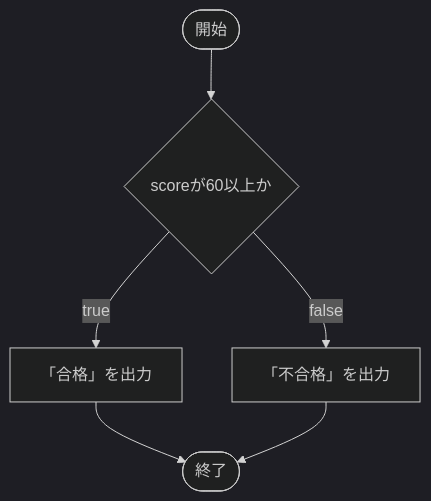
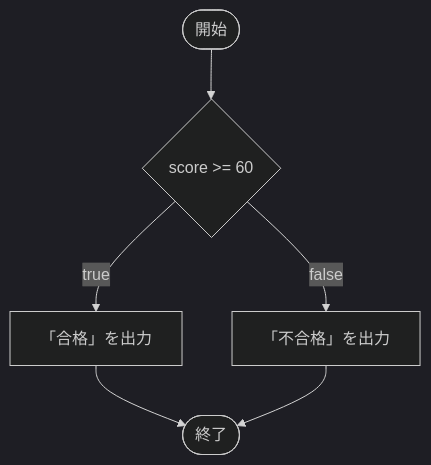
One commit to LeonAkasaka/unity-csharp-learning changed the second of 4 diagrams in docs/csharp/conditionals/index.md. Above: the diagram before and after it, drawn with Mermaid (dark theme). The commit also changed other lines of this file and 18 other files, not shown here.

````diff
--- a/docs/csharp/conditionals/index.md
+++ b/docs/csharp/conditionals/index.md
@@ -163,8 +175,8 @@
 ```mermaid
 flowchart TD
-    A([開始]) --> B{"scoreが60以上か"}
+    A([開始]) --> B{"score >= 60"}
     B -- true --> C["「合格」を出力"]
     B -- false --> D["「不合格」を出力"]
     C --> E([終了])
     D --> E
 ```
````
